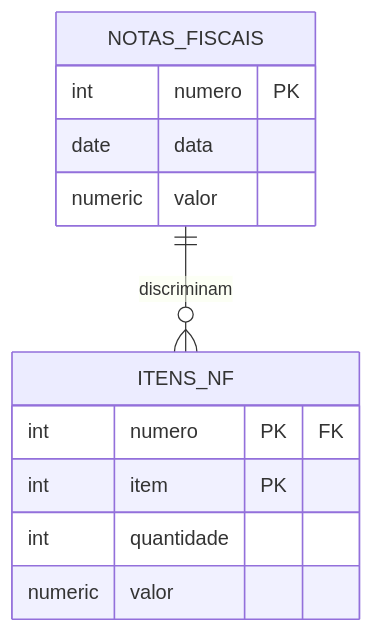
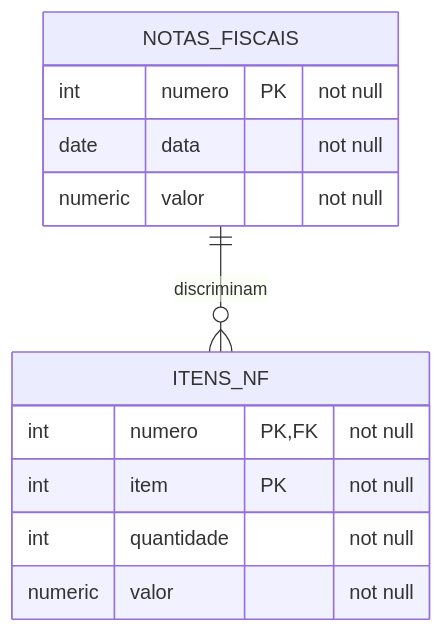
Before and after one commit to howardroatti/banco-de-dados-faesa: the diagram in unidades/04-modelagem/assets/tab-notas.mmd, drawn with Mermaid. The commit also changed 12 other files, not shown here.

Commit message:
Deck logico: nulabilidade (not null) nas tabelas, dicas SQL Power Architect e legenda crow's foot (da apresentacao do professor)

```diff
--- a/unidades/04-modelagem/assets/tab-notas.mmd
+++ b/unidades/04-modelagem/assets/tab-notas.mmd
@@ -1,13 +1,13 @@
 erDiagram
     NOTAS_FISCAIS ||--o{ ITENS_NF : discriminam
     NOTAS_FISCAIS {
-        int numero PK
-        date data
-        numeric valor
+        int numero PK "not null"
+        date data "not null"
+        numeric valor "not null"
     }
     ITENS_NF {
-        int numero PK "FK"
-        int item PK
-        int quantidade
-        numeric valor
+        int numero PK,FK "not null"
+        int item PK "not null"
+        int quantidade "not null"
+        numeric valor "not null"
     }
```
